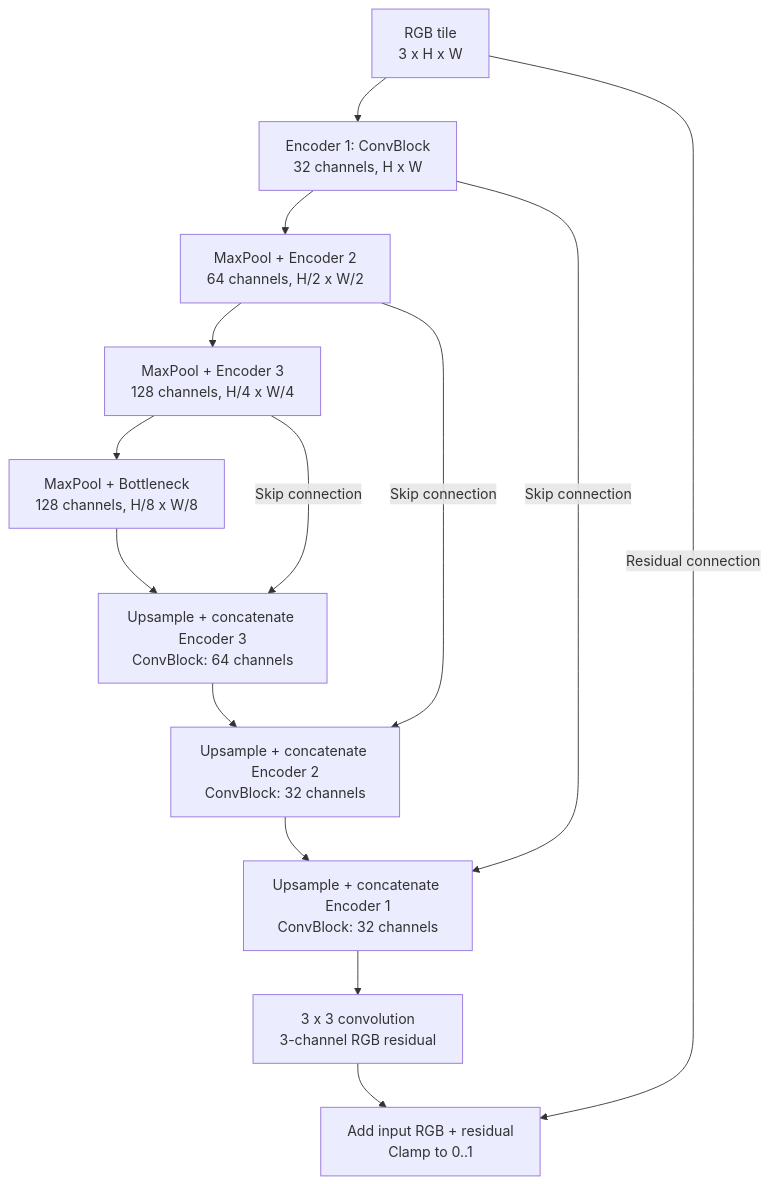
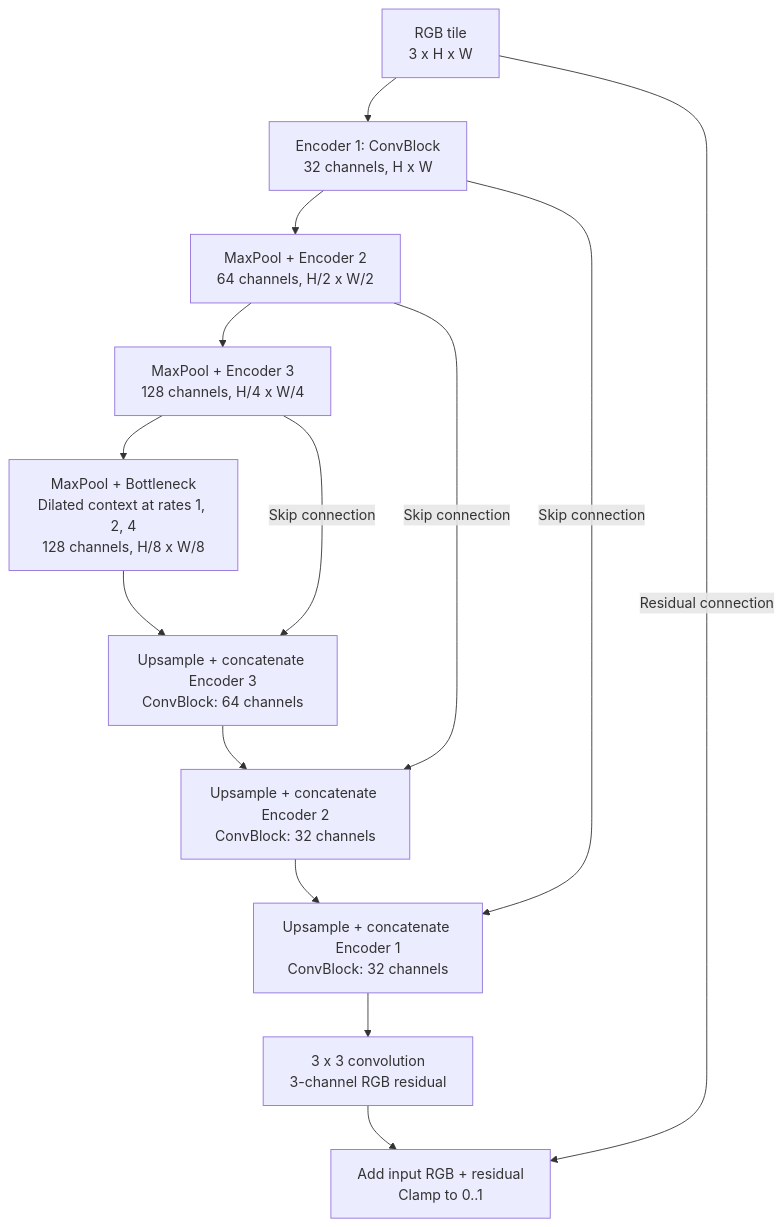
The fourth of 5 diagrams in panorama/ARCHITECTURE_VARIABLE_TILED.md (prasannac10/Capture_360), drawn with Mermaid before and after one commit. The commit also changed other lines of this file and 24 other files, not shown here.

````diff
--- a/panorama/ARCHITECTURE_VARIABLE_TILED.md
+++ b/panorama/ARCHITECTURE_VARIABLE_TILED.md
@@ -130,18 +133,18 @@
 ```mermaid
 flowchart TD
     rgb["RGB tile<br/>3 x H x W"]
     e1["Encoder 1: ConvBlock<br/>32 channels, H x W"]
     e2["MaxPool + Encoder 2<br/>64 channels, H/2 x W/2"]
     e3["MaxPool + Encoder 3<br/>128 channels, H/4 x W/4"]
-    bottleneck["MaxPool + Bottleneck<br/>128 channels, H/8 x W/8"]
+    bottleneck["MaxPool + Bottleneck<br/>Dilated context at rates 1, 2, 4<br/>128 channels, H/8 x W/8"]
     d3["Upsample + concatenate Encoder 3<br/>ConvBlock: 64 channels"]
     d2["Upsample + concatenate Encoder 2<br/>ConvBlock: 32 channels"]
     d1["Upsample + concatenate Encoder 1<br/>ConvBlock: 32 channels"]
     residual["3 x 3 convolution<br/>3-channel RGB residual"]
     add["Add input RGB + residual<br/>Clamp to 0..1"]
     rgb --> e1 --> e2 --> e3 --> bottleneck --> d3 --> d2 --> d1 --> residual --> add
     e3 -->|Skip connection| d3
     e2 -->|Skip connection| d2
     e1 -->|Skip connection| d1
     rgb -->|Residual connection| add
 ```
````
